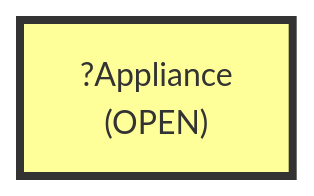
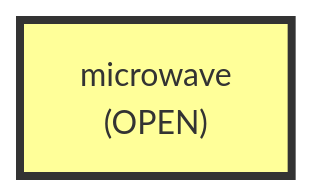
Before and after one commit to scuama/virtualhome: the eighth of 17 diagrams in evaluation/results/table2/robostate/scale/S7/E_MULTI_G02_S7/run_E_MULTI_G02_S7.md, drawn with Mermaid (base theme). The commit also changed other lines of this file and 108 other files, not shown here.

````diff
--- a/evaluation/results/table2/robostate/scale/S7/E_MULTI_G02_S7/run_E_MULTI_G02_S7.md
+++ b/evaluation/results/table2/robostate/scale/S7/E_MULTI_G02_S7/run_E_MULTI_G02_S7.md
@@ -671,5 +653,5 @@
 ```mermaid
 graph TD
-    N1["?Appliance<br>(OPEN)"]
+    N1["microwave<br>(OPEN)"]
     style N1 fill:#ff9,stroke:#333,stroke-width:4px
 ```
````
